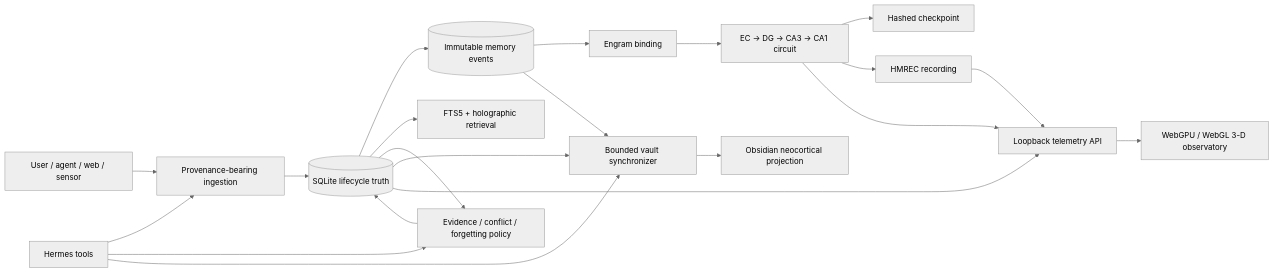
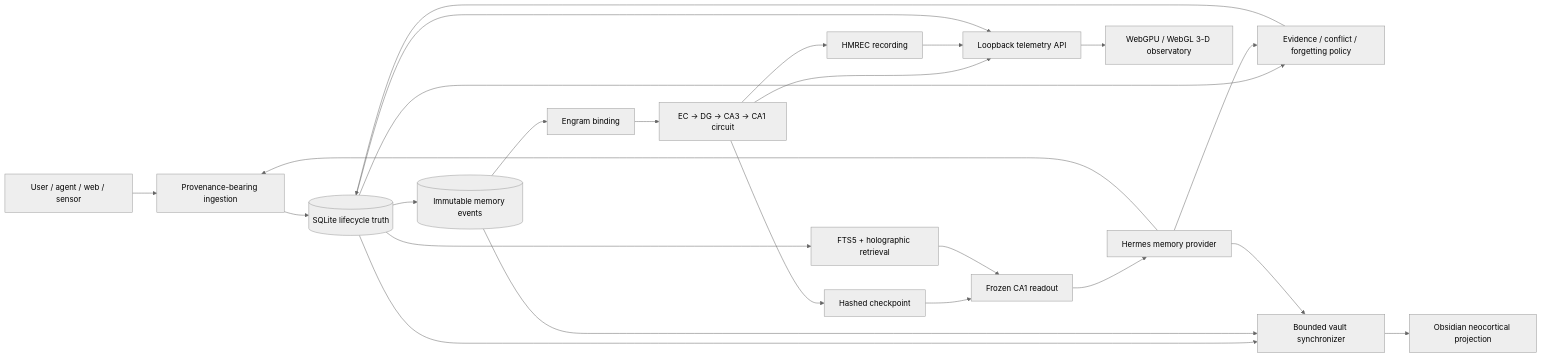
One commit to MKnaomi2/cognitive-memory-fabric changed the diagram in README.md. Above: the diagram before and after it, drawn with Mermaid (neutral theme). The commit also changed other lines of this file and 47 other files, not shown here.

````diff
--- a/README.md
+++ b/README.md
@@ -70,27 +72,30 @@
 ```mermaid
 flowchart LR
     S[User / agent / web / sensor] --> I[Provenance-bearing ingestion]
     I --> DB[(SQLite lifecycle truth)]
     DB --> EV[(Immutable memory events)]
     DB --> RT[FTS5 + holographic retrieval]
     DB --> VC[Evidence / conflict / forgetting policy]
     VC --> DB
 
     EV --> EN[Engram binding]
     EN --> GPU[EC → DG → CA3 → CA1 circuit]
     GPU --> CP[Hashed checkpoint]
     GPU --> REC[HMREC recording]
+    CP --> NR[Frozen CA1 readout]
+    RT --> NR
+    NR --> H[Hermes memory provider]
 
     DB --> VS[Bounded vault synchronizer]
     EV --> VS
     VS --> OB[Obsidian neocortical projection]
 
     GPU --> API[Loopback telemetry API]
     REC --> API
     DB --> API
     API --> UI[WebGPU / WebGL 3-D observatory]
 
-    H[Hermes tools] --> I
+    H --> I
     H --> VC
     H --> VS
 ```
````
